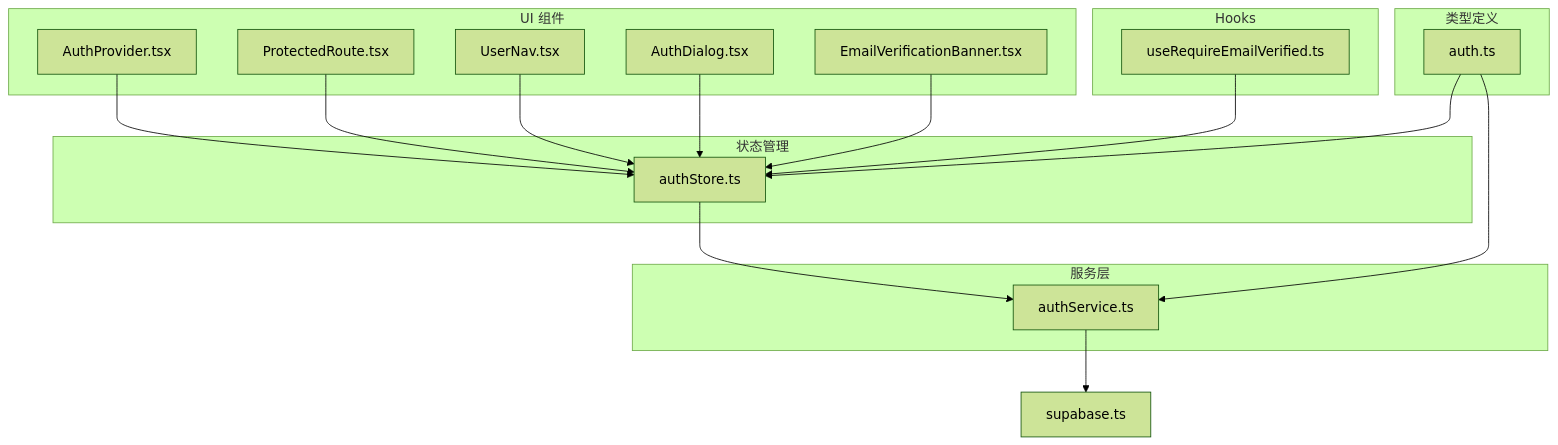
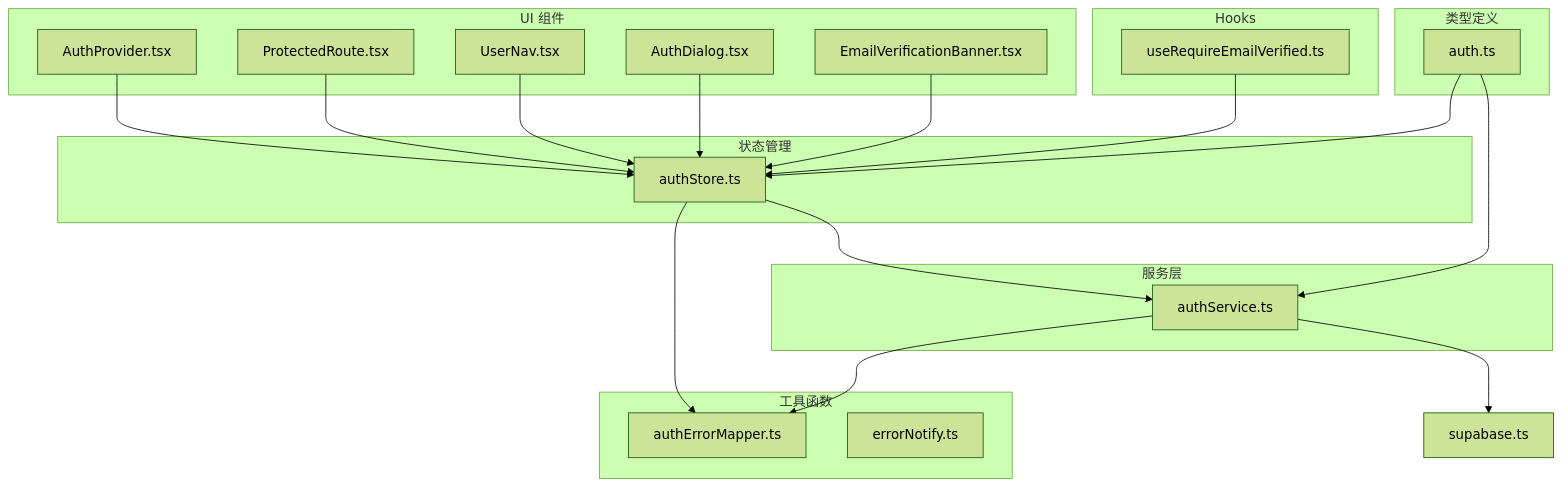
Before and after one commit to JasperLin2333/Flash-Flow: the first of 10 diagrams in .qoder/repowiki/zh/content/服务层与外部集成/认证系统/认证系统.md, drawn with Mermaid (forest theme). The commit also changed other lines of this file and 12 other files, not shown here.

````diff
--- a/.qoder/repowiki/zh/content/服务层与外部集成/认证系统/认证系统.md
+++ b/.qoder/repowiki/zh/content/服务层与外部集成/认证系统/认证系统.md
@@ -41,32 +45,38 @@
 ```mermaid
 graph TB
 subgraph "UI 组件"
 AuthDialog[AuthDialog.tsx]
 UserNav[UserNav.tsx]
 ProtectedRoute[ProtectedRoute.tsx]
 AuthProvider[AuthProvider.tsx]
 EmailVerificationBanner[EmailVerificationBanner.tsx]
 end
 subgraph "服务层"
 AuthService[authService.ts]
 end
 subgraph "状态管理"
 AuthStore[authStore.ts]
 end
 subgraph "类型定义"
 AuthTypes[auth.ts]
 end
 subgraph "Hooks"
 useRequireEmailVerified[useRequireEmailVerified.ts]
 end
+subgraph "工具函数"
+AuthErrorMapper[authErrorMapper.ts]
+ErrorNotify[errorNotify.ts]
+end
 AuthProvider --> AuthStore
 ProtectedRoute --> AuthStore
 UserNav --> AuthStore
 AuthDialog --> AuthStore
 EmailVerificationBanner --> AuthStore
 useRequireEmailVerified --> AuthStore
 AuthStore --> AuthService
 AuthService --> supabase["supabase.ts"]
 AuthTypes --> AuthStore
 AuthTypes --> AuthService
+AuthStore --> AuthErrorMapper
+AuthService --> AuthErrorMapper
 ```
````
